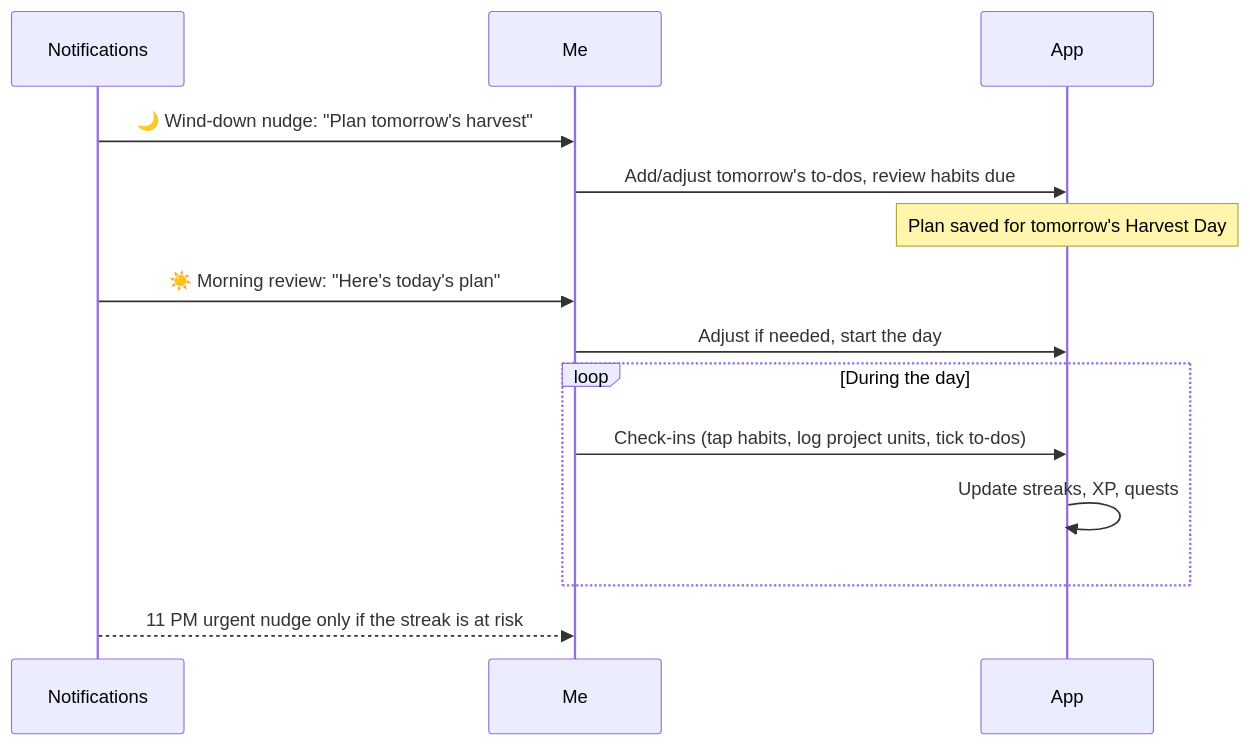
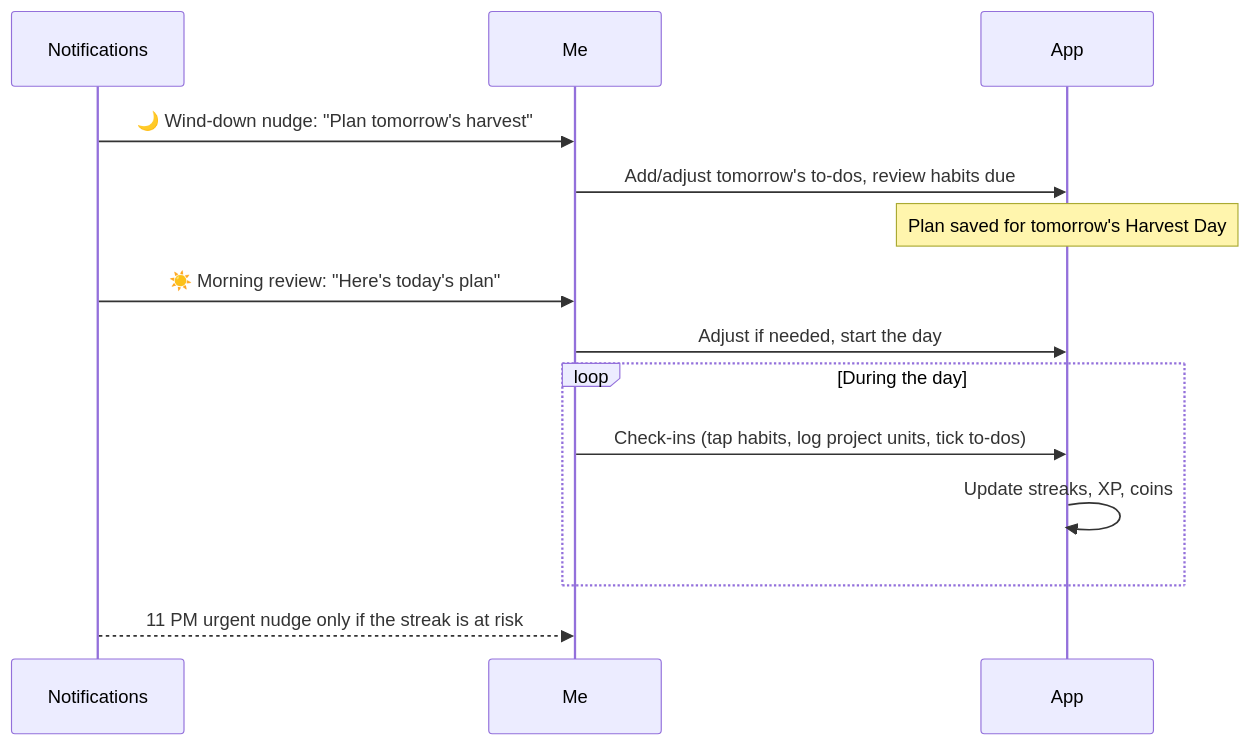
The diagram in docs/01-Specification/Productivity-Engine.md (ABakdi/Harvest), drawn with Mermaid before and after one commit. The commit also changed 20 other files, not shown here.

````diff
--- a/docs/01-Specification/Productivity-Engine.md
+++ b/docs/01-Specification/Productivity-Engine.md
@@ -16,16 +16,16 @@
 ```mermaid
 sequenceDiagram
     participant N as Notifications
     participant Me as Me
     participant A as App
     N->>Me: 🌙 Wind-down nudge: "Plan tomorrow's harvest"
     Me->>A: Add/adjust tomorrow's to-dos, review habits due
     Note over A: Plan saved for tomorrow's Harvest Day
     N->>Me: ☀️ Morning review: "Here's today's plan"
     Me->>A: Adjust if needed, start the day
     loop During the day
         Me->>A: Check-ins (tap habits, log project units, tick to-dos)
-        A->>A: Update streaks, XP, quests
+        A->>A: Update streaks, XP, coins
     end
     N-->>Me: 11 PM urgent nudge only if the streak is at risk
 ```
````
